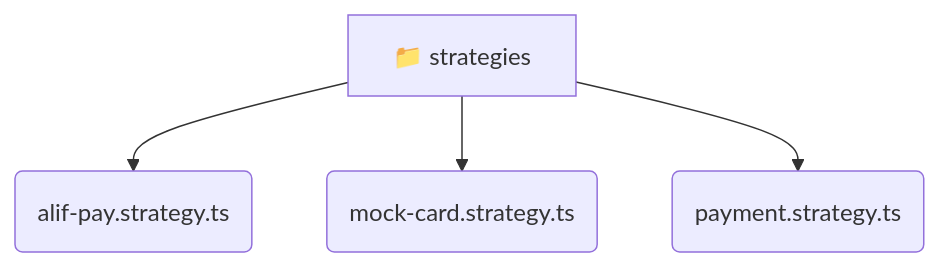
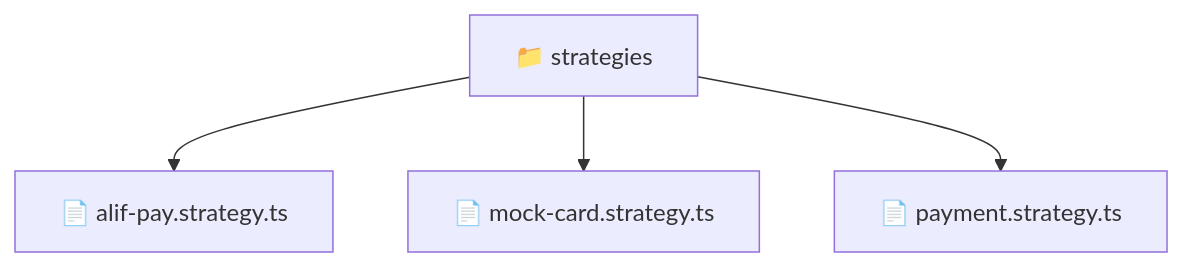
The diagram in backend/src/modules/payment/strategies/README.md (beginwebdev2002/fullstack-mavluda), drawn with Mermaid before and after one commit. The commit also changed other lines of this file and 163 other files, not shown here.

````diff
--- a/backend/src/modules/payment/strategies/README.md
+++ b/backend/src/modules/payment/strategies/README.md
@@ -9,7 +10,7 @@
 ```mermaid
 graph TD
-  strategies[📁 strategies]
-  strategies --> strategies_alif_pay_strategy_ts(alif-pay.strategy.ts)
-  strategies --> strategies_mock_card_strategy_ts(mock-card.strategy.ts)
-  strategies --> strategies_payment_strategy_ts(payment.strategy.ts)
+  Root["📁 strategies"]
+  Root --> alifpaystrategyts["📄 alif-pay.strategy.ts"]
+  Root --> mockcardstrategyts["📄 mock-card.strategy.ts"]
+  Root --> paymentstrategyts["📄 payment.strategy.ts"]
 ```
````
